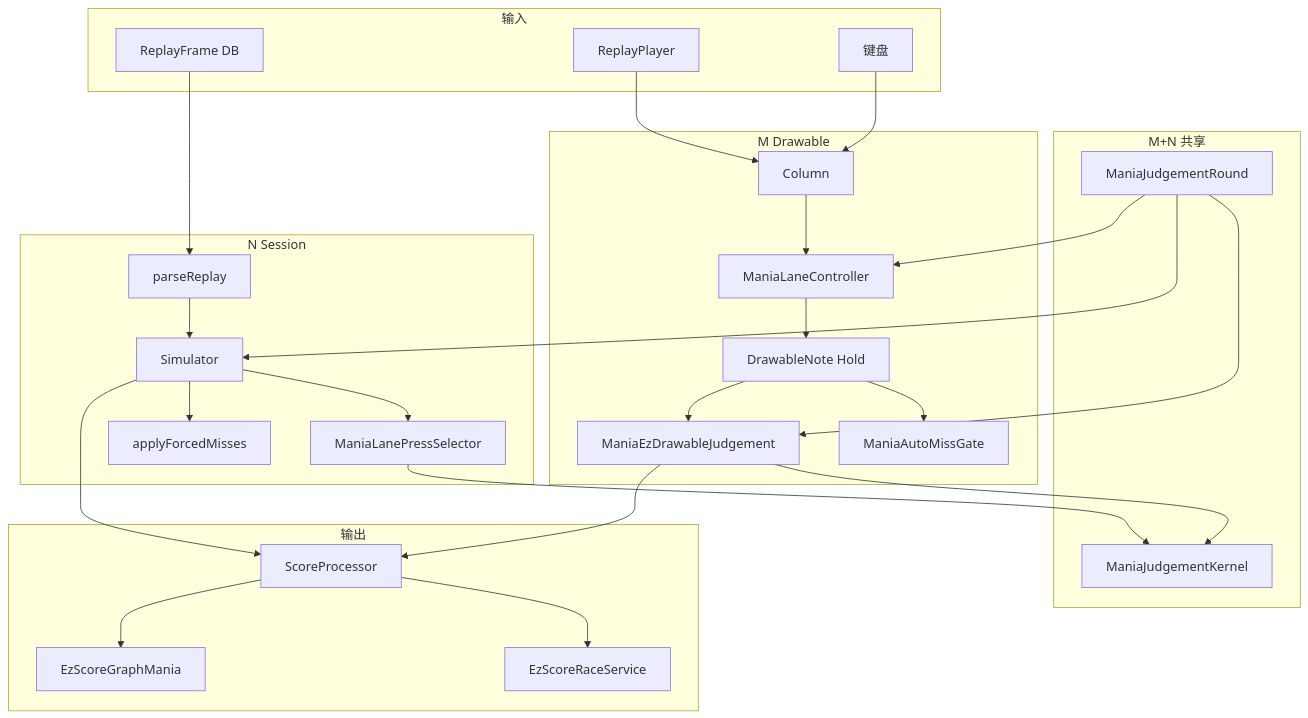
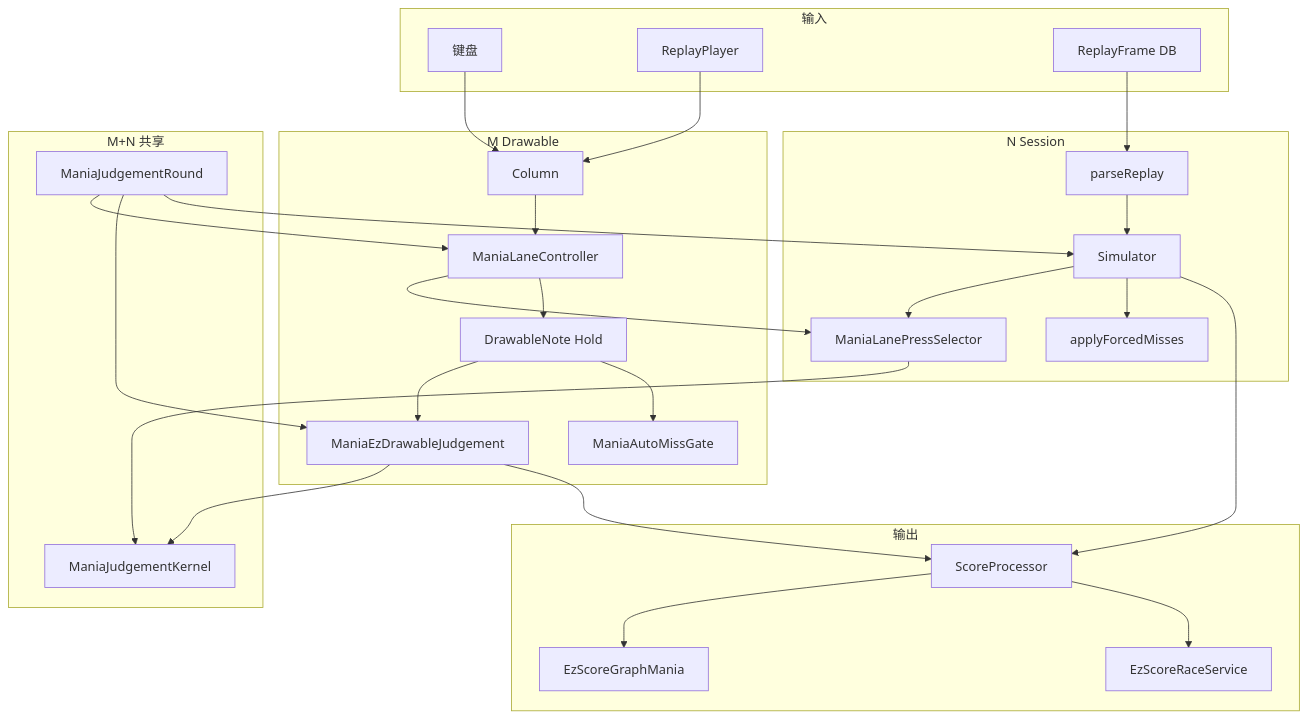
Before and after one commit to zzzzv/osu: the second of 2 diagrams in osu.Game/EzOsuGame/Scoring/MANIA-JUDGEMENT-TOPOLOGY.md, drawn with Mermaid. The commit also changed other lines of this file and 3 other files, not shown here.

````diff
--- a/osu.Game/EzOsuGame/Scoring/MANIA-JUDGEMENT-TOPOLOGY.md
+++ b/osu.Game/EzOsuGame/Scoring/MANIA-JUDGEMENT-TOPOLOGY.md
@@ -68,42 +68,43 @@
 ```mermaid
 flowchart TB
     subgraph inputs [输入]
         KB[键盘]
         RP[ReplayPlayer]
         DB[ReplayFrame DB]
     end
     subgraph M [M Drawable]
         Col[Column]
         MLC[ManiaLaneController]
         DHO[DrawableNote Hold]
         MEJ[ManiaEzDrawableJudgement]
         AMG[ManiaAutoMissGate]
     end
     subgraph N [N Session]
         Parse[parseReplay]
         Sim[Simulator]
         MLPS[ManiaLanePressSelector]
         FM[applyForcedMisses]
     end
     subgraph shared [M+N 共享]
         Round[ManiaJudgementRound]
         Kernel[ManiaJudgementKernel]
     end
     subgraph out [输出]
         SP[ScoreProcessor]
         Graph[EzScoreGraphMania]
         Race[EzScoreRaceService]
     end
-    KB --> Col --> MLC --> DHO --> MEJ --> Kernel
+    KB --> Col --> MLC --> MLPS
+    MLC --> DHO --> MEJ --> Kernel
     DHO --> AMG
     RP --> Col
     DB --> Parse --> Sim --> MLPS --> Kernel
     Sim --> FM
     Round --> MLC
     Round --> MEJ
     Round --> Sim
     MEJ --> SP
     Sim --> SP
     SP --> Graph
     SP --> Race
 ```
````
